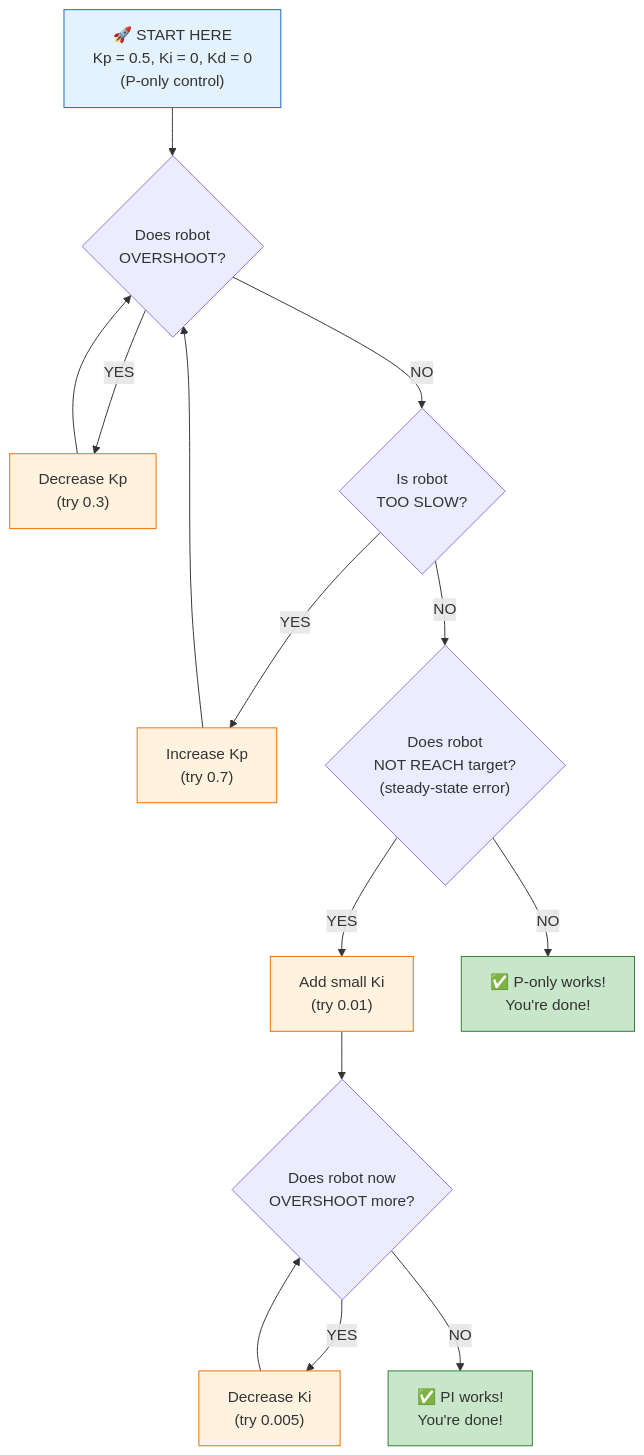
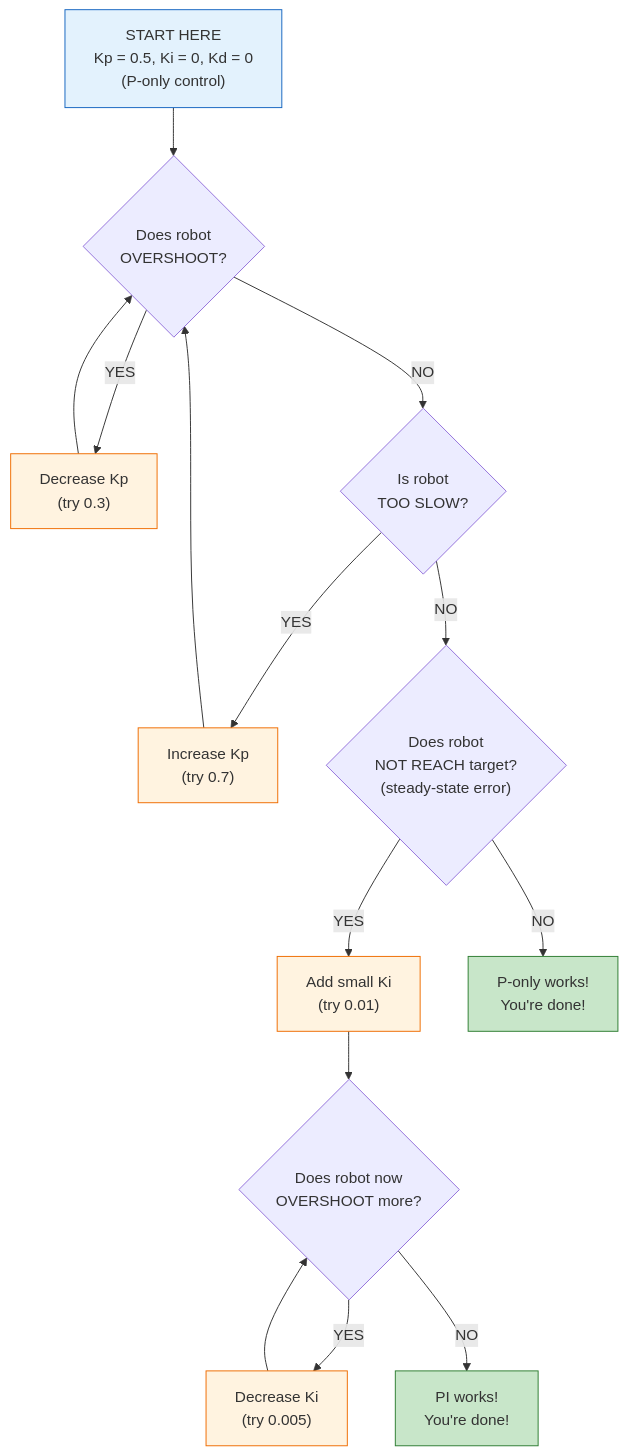
The eighth of 10 diagrams in docs/tutorials/07-advanced/01-pid-control.md (anowarislam/vex-pushback), drawn with Mermaid before and after one commit. The commit also changed other lines of this file and 16 other files, not shown here.

````diff
--- a/docs/tutorials/07-advanced/01-pid-control.md
+++ b/docs/tutorials/07-advanced/01-pid-control.md
@@ -384,33 +384,33 @@
 ```mermaid
 flowchart TD
-    START["🚀 START HERE\nKp = 0.5, Ki = 0, Kd = 0\n(P-only control)"]
+    START["START HERE\nKp = 0.5, Ki = 0, Kd = 0\n(P-only control)"]
     START --> TEST1
 
     TEST1{"Does robot\nOVERSHOOT?"}
     TEST1 -->|"YES"| FIX1["Decrease Kp\n(try 0.3)"]
     TEST1 -->|"NO"| TEST2
     FIX1 --> TEST1
 
     TEST2{"Is robot\nTOO SLOW?"}
     TEST2 -->|"YES"| FIX2["Increase Kp\n(try 0.7)"]
     TEST2 -->|"NO"| TEST3
     FIX2 --> TEST1
 
     TEST3{"Does robot\nNOT REACH target?\n(steady-state error)"}
     TEST3 -->|"YES"| FIX3["Add small Ki\n(try 0.01)"]
-    TEST3 -->|"NO"| DONE1["✅ P-only works!\nYou're done!"]
+    TEST3 -->|"NO"| DONE1["P-only works!\nYou're done!"]
     FIX3 --> TEST4
 
     TEST4{"Does robot now\nOVERSHOOT more?"}
     TEST4 -->|"YES"| FIX4["Decrease Ki\n(try 0.005)"]
-    TEST4 -->|"NO"| DONE2["✅ PI works!\nYou're done!"]
+    TEST4 -->|"NO"| DONE2["PI works!\nYou're done!"]
     FIX4 --> TEST4
 
     style START fill:#e3f2fd,stroke:#1565c0
     style DONE1 fill:#c8e6c9,stroke:#2e7d32
     style DONE2 fill:#c8e6c9,stroke:#2e7d32
     style FIX1 fill:#fff3e0,stroke:#ef6c00
     style FIX2 fill:#fff3e0,stroke:#ef6c00
     style FIX3 fill:#fff3e0,stroke:#ef6c00
     style FIX4 fill:#fff3e0,stroke:#ef6c00
 ```
````
